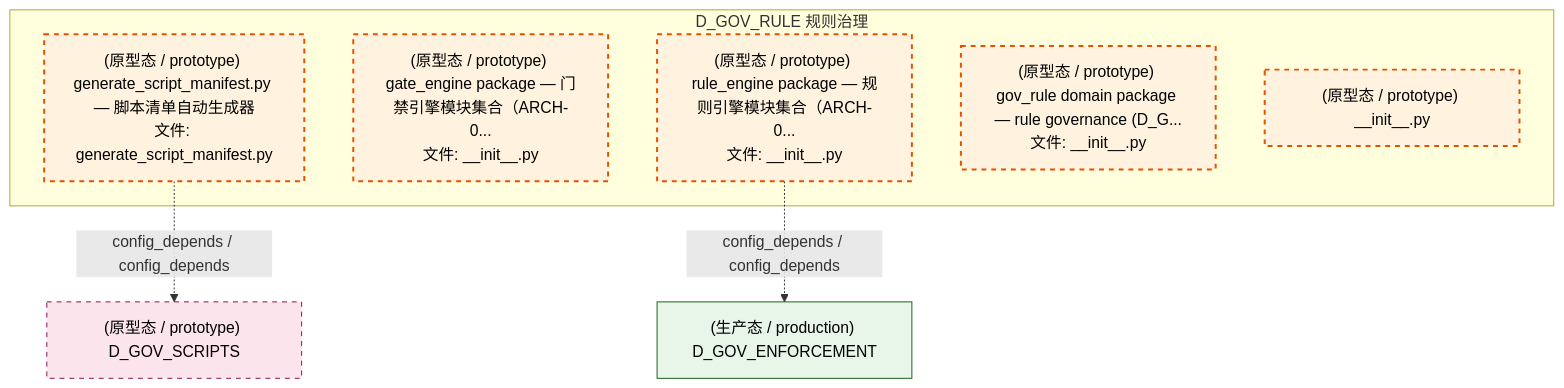
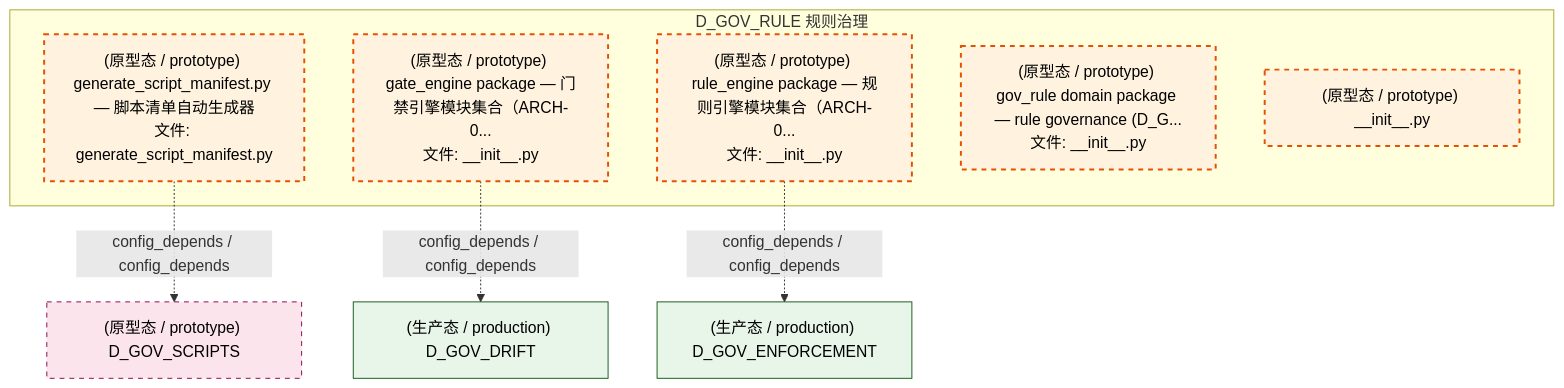
One commit to xuanFelixVan/ZephyrAlpha changed the fourth of 5 diagrams in docs/02_enterprise_architecture/02_domain_architecture_docs/45_d_gov_rule.md. Above: the diagram before and after it, drawn with Mermaid. The commit also changed other lines of this file and 125 other files, not shown here.

````diff
--- a/docs/02_enterprise_architecture/02_domain_architecture_docs/45_d_gov_rule.md
+++ b/docs/02_enterprise_architecture/02_domain_architecture_docs/45_d_gov_rule.md
@@ -357,21 +356,23 @@
 ```mermaid
 graph TD
     subgraph D_GOV_RULE["D_GOV_RULE 规则治理"]
         scripts_governance_generators_generate_script_manifest_py["(原型态 / prototype) generate_script_manifest.py — 脚本清单自动生成器<br/>文件: generate_script_manifest.py"]
         src_zephyr_gov_enforcement_rule_enforcement_gate_engine_init_py["(原型态 / prototype) gate_engine package — 门禁引擎模块集合（ARCH-0...<br/>文件: __init__.py"]
         src_zephyr_gov_enforcement_rule_enforcement_rule_engine_init_py["(原型态 / prototype) rule_engine package — 规则引擎模块集合（ARCH-0...<br/>文件: __init__.py"]
         src_zephyr_gov_rule_init_py["(原型态 / prototype) gov_rule domain package — rule governance (D_G...<br/>文件: __init__.py"]
         src_zephyr_gov_rule_constitutional_update_init_py["(原型态 / prototype) __init__.py"]
     end
+    D_GOV_DRIFT["(生产态 / production) D_GOV_DRIFT"]
+    src_zephyr_gov_enforcement_rule_enforcement_gate_engine_init_py -.->|config_depends / config_depends| D_GOV_DRIFT
     D_GOV_SCRIPTS["(原型态 / prototype) D_GOV_SCRIPTS"]
     scripts_governance_generators_generate_script_manifest_py -.->|config_depends / config_depends| D_GOV_SCRIPTS
     D_GOV_ENFORCEMENT["(生产态 / production) D_GOV_ENFORCEMENT"]
     src_zephyr_gov_enforcement_rule_enforcement_rule_engine_init_py -.->|config_depends / config_depends| D_GOV_ENFORCEMENT
     classDef production fill:#e1f5fe,stroke:#01579b,stroke-width:2px,color:#000
     classDef design fill:#fff3e0,stroke:#e65100,stroke-width:2px,color:#000,stroke-dasharray: 5 5
     classDef external_prod fill:#e8f5e9,stroke:#1b5e20,stroke-width:1px,color:#000
     classDef external_design fill:#fce4ec,stroke:#880e4f,stroke-width:1px,color:#000,stroke-dasharray: 5 5
     class scripts_governance_generators_generate_script_manifest_py,src_zephyr_gov_enforcement_rule_enforcement_gate_engine_init_py,src_zephyr_gov_enforcement_rule_enforcement_rule_engine_init_py,src_zephyr_gov_rule_init_py,src_zephyr_gov_rule_constitutional_update_init_py design
-    class D_GOV_ENFORCEMENT external_prod
+    class D_GOV_DRIFT,D_GOV_ENFORCEMENT external_prod
     class D_GOV_SCRIPTS external_design
 ```
````
